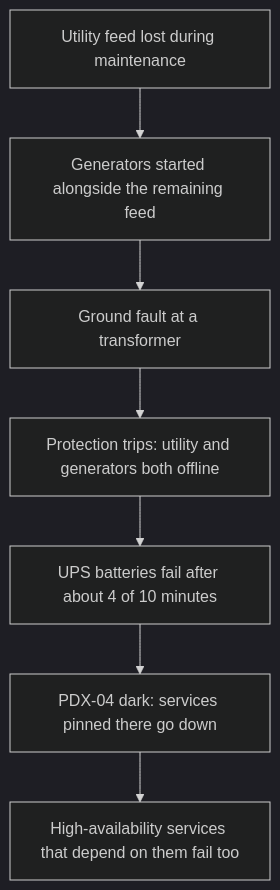
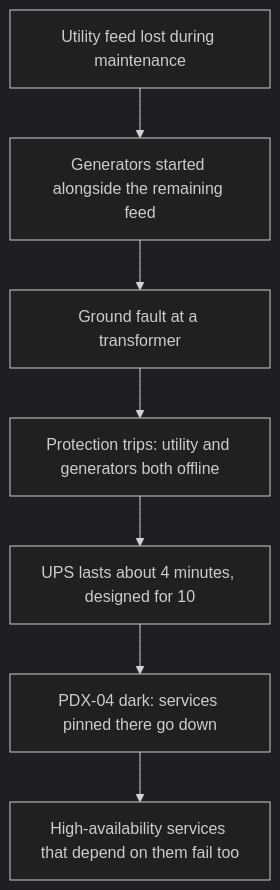
Before and after one commit to khanhnguyendev/engineering-reader: the diagram in content/posts/cloudflare-control-plane-outage-2023/en.mdx, drawn with Mermaid (dark theme). The commit also changed other lines of this file and 3 other files, not shown here.

````diff
--- a/content/posts/cloudflare-control-plane-outage-2023/en.mdx
+++ b/content/posts/cloudflare-control-plane-outage-2023/en.mdx
@@ -42,9 +42,9 @@
 ```mermaid
 flowchart TD
     A[Utility feed lost during maintenance] --> B[Generators started alongside the remaining feed]
     B --> C[Ground fault at a transformer]
     C --> D[Protection trips: utility and generators both offline]
-    D --> E[UPS batteries fail after about 4 of 10 minutes]
+    D --> E[UPS lasts about 4 minutes, designed for 10]
     E --> F[PDX-04 dark: services pinned there go down]
     F --> G[High-availability services that depend on them fail too]
 ```
````
